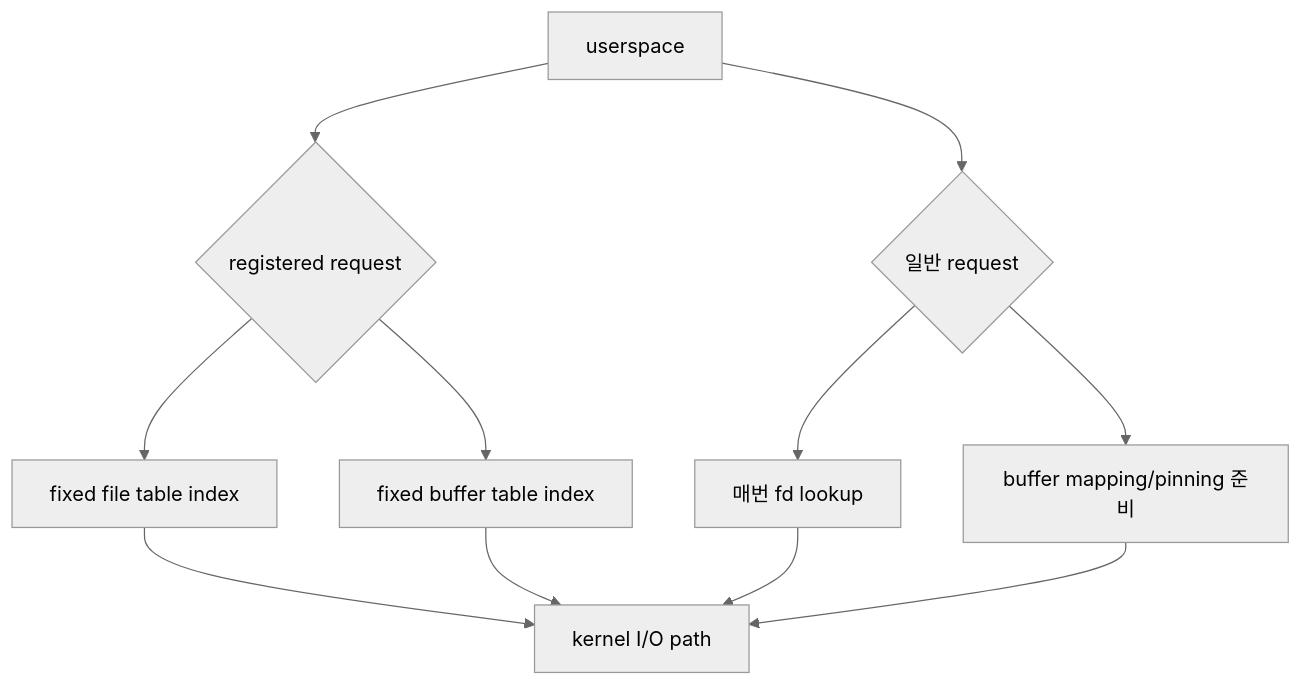
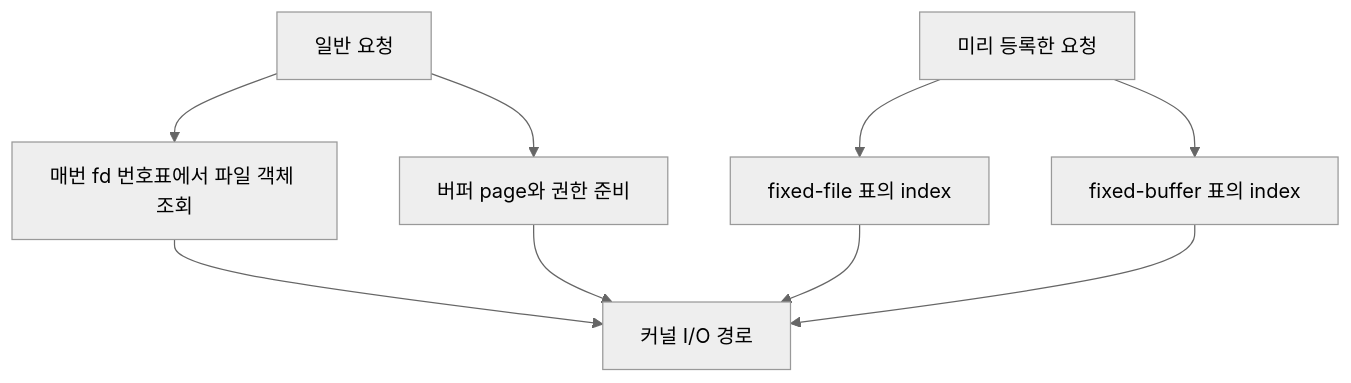
One commit to mj006648/netai-devsecops-runbook changed the first of 4 diagrams in learning/ubuntu-linux-internals/10-io-uring-registration-polling-and-features.md. Above: the diagram before and after it, drawn with Mermaid (neutral theme). The commit also changed other lines of this file and 55 other files, not shown here.

````diff
--- a/learning/ubuntu-linux-internals/10-io-uring-registration-polling-and-features.md
+++ b/learning/ubuntu-linux-internals/10-io-uring-registration-polling-and-features.md
@@ -15,13 +45,11 @@
 ```mermaid
 flowchart TD
-    U["userspace"] --> N{"일반 request"}
-    N --> FD["매번 fd lookup"]
-    N --> BP["buffer mapping/pinning 준비"]
-    U --> R{"registered request"}
-    R --> FT["fixed file table index"]
-    R --> BT["fixed buffer table index"]
-    FT --> K["kernel I/O path"]
-    BT --> K
-    FD --> K
-    BP --> K
+    A["일반 요청"] --> L["매번 fd 번호표에서 파일 객체 조회"]
+    A --> M["버퍼 page와 권한 준비"]
+    R["미리 등록한 요청"] --> F["fixed-file 표의 index"]
+    R --> B["fixed-buffer 표의 index"]
+    L --> K["커널 I/O 경로"]
+    M --> K
+    F --> K
+    B --> K
 ```
````
